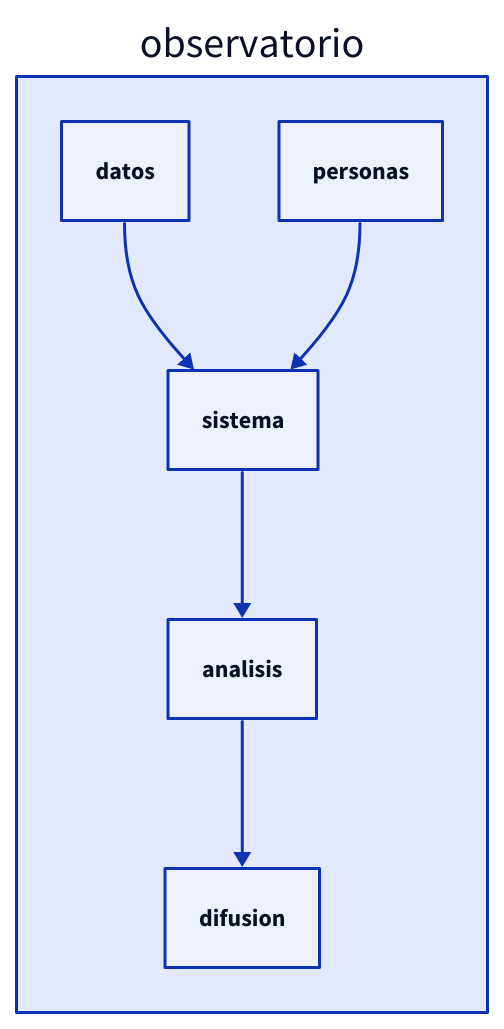
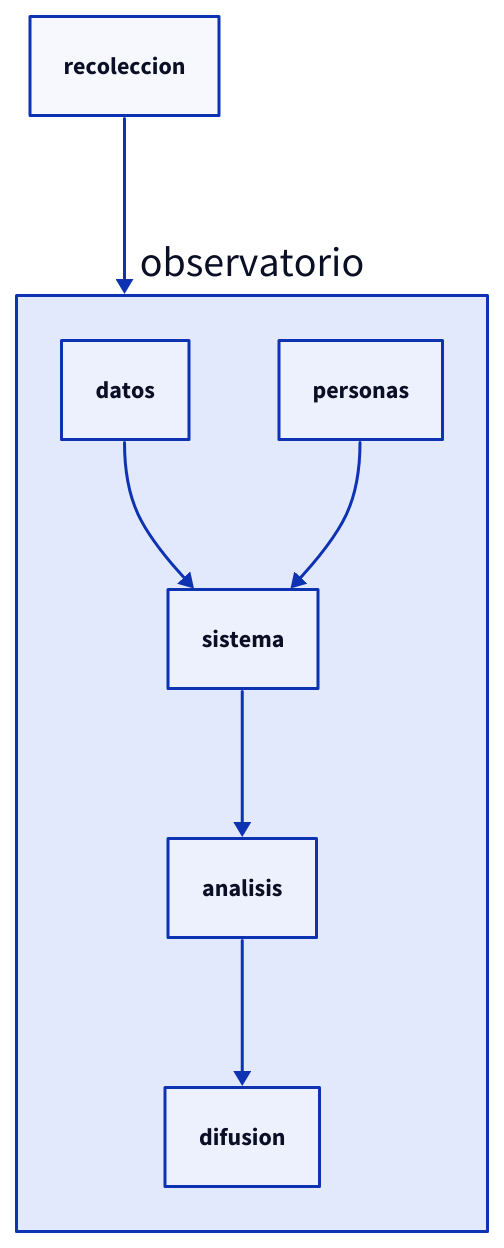
One commit to alex-roc/apuntes-sistemas-informacion changed the diagram in observatorio.d2. Above: the diagram before and after it, drawn with D2. The commit also changed 4 other files, not shown here.

```diff
--- a/observatorio.d2
+++ b/observatorio.d2
@@ -1,6 +1,8 @@
+recoleccion -> observatorio
+
 observatorio: {
   datos -> sistema
   personas -> sistema
   sistema -> analisis
   analisis -> difusion
 }
```
